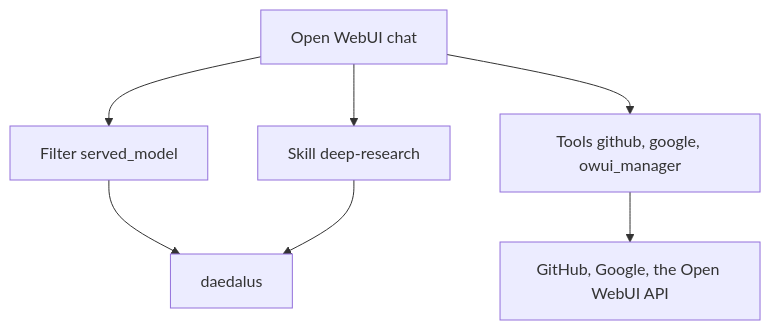
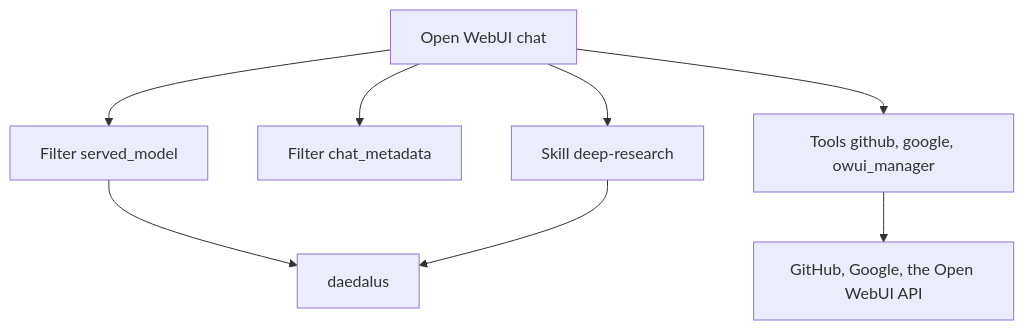
The diagram in docs/integrations/owui.md (nemoe7/daedalus), drawn with Mermaid before and after one commit. The commit also changed other lines of this file and 3 other files, not shown here.

Commit message:
feat(integrations): add the chat metadata filter

````diff
--- a/docs/integrations/owui.md
+++ b/docs/integrations/owui.md
@@ -15,9 +16,10 @@
 ```mermaid
 flowchart TD
   A[Open WebUI chat] --> B[Filter served_model]
+  A --> C[Filter chat_metadata]
   A --> D[Tools github, google, owui_manager]
   A --> E[Skill deep-research]
   B --> F[daedalus]
   D --> G[GitHub, Google, the Open WebUI API]
   E --> F
 ```
````
